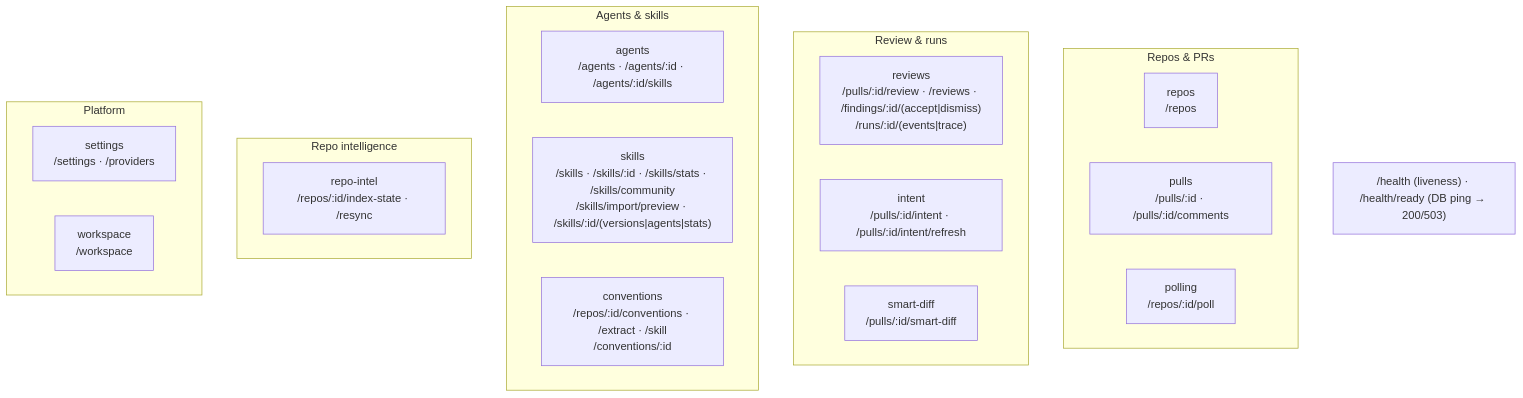
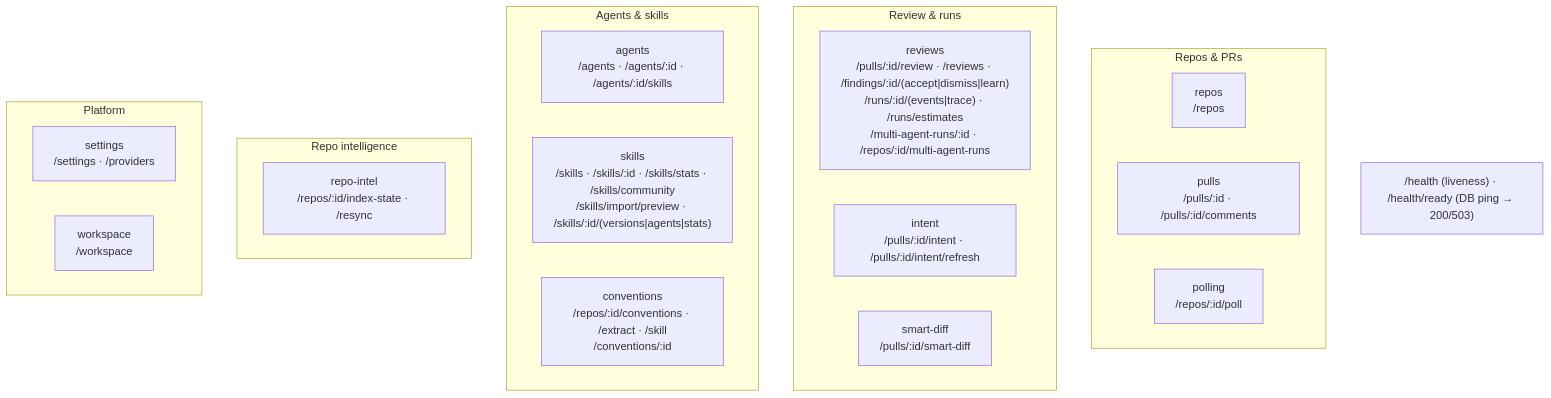
The second of 2 diagrams in server/README.md (podop/dev-digest), drawn with Mermaid before and after one commit. The commit also changed other lines of this file and 121 other files, not shown here.

First line of the commit message:
feat(multi-agent-review): parallel multi-agent runs, grouped findings, results page

````diff
--- a/server/README.md
+++ b/server/README.md
@@ -82,26 +82,26 @@
 ```mermaid
 flowchart TB
   subgraph Repos_PRs["Repos & PRs"]
     repos["repos<br/>/repos"]
     pulls["pulls<br/>/pulls/:id · /pulls/:id/comments"]
     polling["polling<br/>/repos/:id/poll"]
   end
   subgraph Review["Review & runs"]
-    reviews["reviews<br/>/pulls/:id/review · /reviews · /findings/:id/(accept|dismiss)<br/>/runs/:id/(events|trace)"]
+    reviews["reviews<br/>/pulls/:id/review · /reviews · /findings/:id/(accept|dismiss|learn)<br/>/runs/:id/(events|trace) · /runs/estimates<br/>/multi-agent-runs/:id · /repos/:id/multi-agent-runs"]
     intent["intent<br/>/pulls/:id/intent · /pulls/:id/intent/refresh"]
     smartDiff["smart-diff<br/>/pulls/:id/smart-diff"]
   end
   subgraph Agents["Agents & skills"]
     agents["agents<br/>/agents · /agents/:id · /agents/:id/skills"]
     skills["skills<br/>/skills · /skills/:id · /skills/stats · /skills/community<br/>/skills/import/preview · /skills/:id/(versions|agents|stats)"]
     conventions["conventions<br/>/repos/:id/conventions · /extract · /skill<br/>/conventions/:id"]
   end
   subgraph Intel["Repo intelligence"]
     repoIntel["repo-intel<br/>/repos/:id/index-state · /resync"]
   end
   subgraph Platform["Platform"]
     settings["settings<br/>/settings · /providers"]
     workspace["workspace<br/>/workspace"]
   end
   HEALTH["/health (liveness) · /health/ready (DB ping → 200/503)"]
 ```
````
